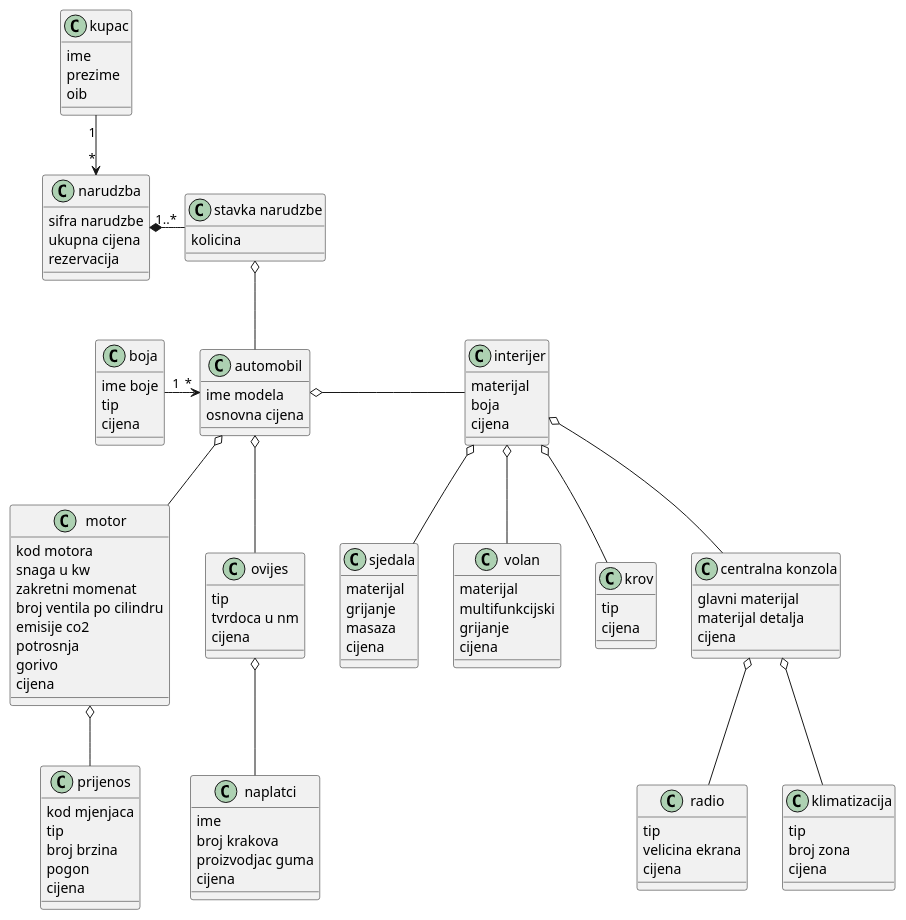
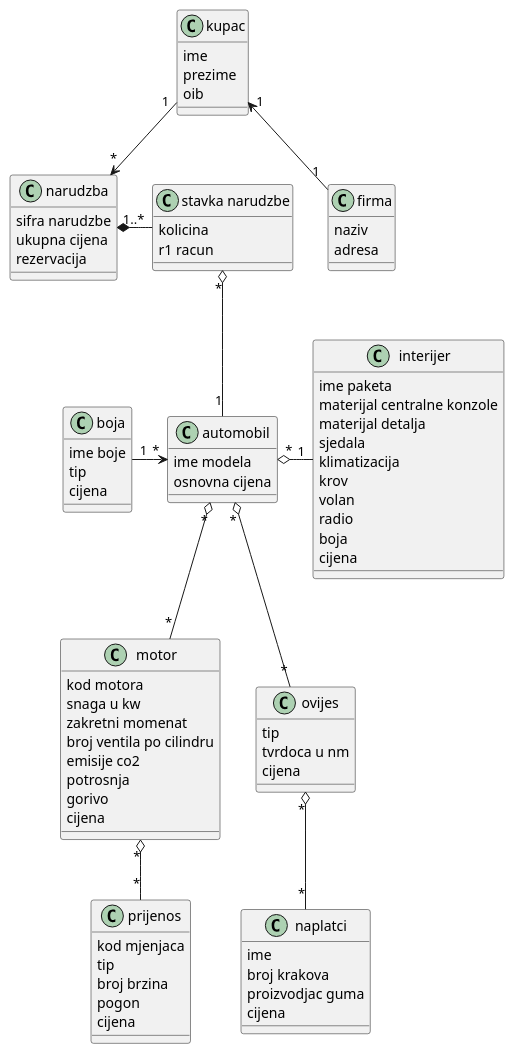
The diagram in class.puml (Bazga2k1/Online-auto-kuca), drawn with PlantUML before and after one commit.

Commit message:
UML Class update
- dijagram pojednostavljen

```diff
--- a/class.puml
+++ b/class.puml
@@ -1,123 +1,93 @@
 @startuml
 
 class "automobil" as a{
   ime modela
   osnovna cijena
 }
-
 
 class "narudzba" as n{
   sifra narudzbe
   ukupna cijena
   rezervacija
 }
 
 class "stavka narudzbe" as sn{
   kolicina
+  r1 racun
 }
 
 class "motor" as m{
   kod motora
   snaga u kw
   zakretni momenat
   broj ventila po cilindru
   emisije co2
   potrosnja
   gorivo
   cijena
 }
 
 class "ovijes" as sus{
     tip
     tvrdoca u nm
     cijena
 }
 
 class "naplatci" as kot{
     ime
     broj krakova
     proizvodjac guma
     cijena
 }
 
 class "prijenos" as p{
   kod mjenjaca
   tip
   broj brzina
   pogon
   cijena
 }
 
 class "interijer" as i{
-  materijal
+  ime paketa
+  materijal centralne konzole
+  materijal detalja
+  sjedala
+  klimatizacija
+  krov
+  volan
+  radio
   boja
-  cijena
-}
-
-class "sjedala" as s{
-  materijal
-  grijanje
-  masaza
-  cijena
-}
-
-class "volan" as v{
-  materijal
-  multifunkcijski
-  grijanje
-  cijena
-}
-
-class "krov" as kr{
-  tip
-  cijena
-}
-
-class "centralna konzola" as ck{
-  glavni materijal
-  materijal detalja
-  cijena
-}
-
-class "radio" as r{
-  tip
-  velicina ekrana
-  cijena
-}
-
-class "klimatizacija" as kl{
-  tip
-  broj zona
   cijena
 }
 
 class "boja" as b{
   ime boje
   tip
   cijena
 }
 
 class "kupac" as k{
   ime
   prezime
   oib
 }
 
+class "firma" as f{
+    naziv
+    adresa
+}
 
-a o-- m
-a o-- sus
-sus o-- kot
+
+a "*" o-- "*" m
+a "*" o-- "*" sus
+sus "*" o-- "*" kot
 b "1" -> "*" a
-m o-- p
-a o- i
-i o-- s
-i o-- v
-i o-- kr
-i o-- ck
-ck o-- r
-ck o-- kl
+m "*" o-- "*" p
+a "*" o- "1" i
 n *- "1..*" sn
-sn o-- a
+sn "*" o-- "1" a
 k "1" --> "*" n
+k "1" <-- "1" f
 
 @enduml
```
